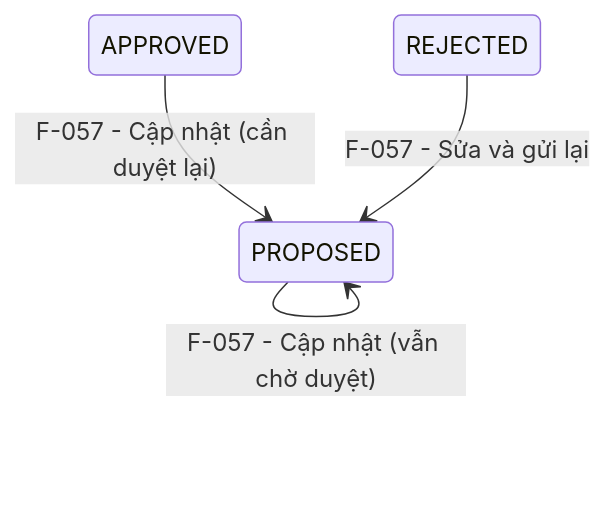
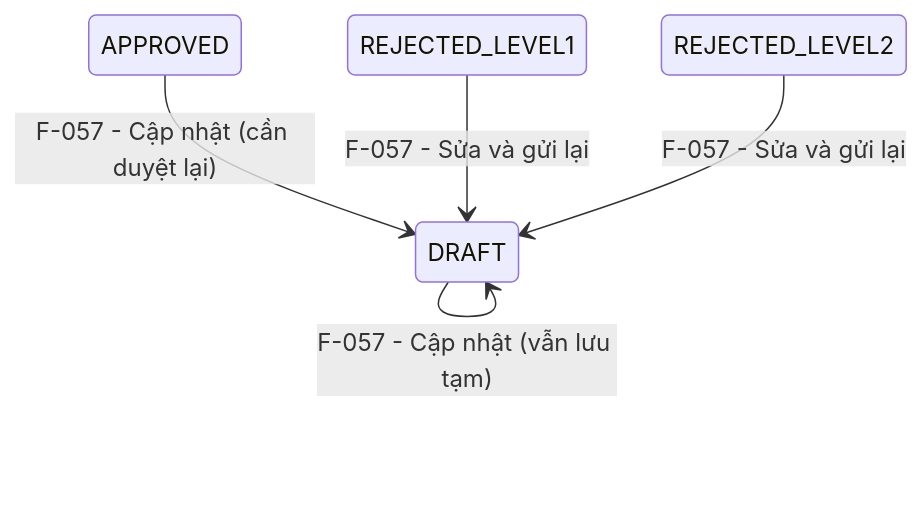
One commit to trangg21-bit/hang-hai-kchtgt changed the diagram in docs/modules/M-003-quan-ly-tai-san-kchtgt-khu-nuoc-vts/_features/F-057-quan-ly-tram-radar-cap-nhat/feature-brief.md. Above: the diagram before and after it, drawn with Mermaid. The commit also changed other lines of this file and 139 other files, not shown here.

````diff
--- a/docs/modules/M-003-quan-ly-tai-san-kchtgt-khu-nuoc-vts/_features/F-057-quan-ly-tram-radar-cap-nhat/feature-brief.md
+++ b/docs/modules/M-003-quan-ly-tai-san-kchtgt-khu-nuoc-vts/_features/F-057-quan-ly-tram-radar-cap-nhat/feature-brief.md
@@ -93,6 +93,7 @@
 ```mermaid
 stateDiagram-v2
-    PROPOSED --> PROPOSED: F-057 - Cập nhật (vẫn chờ duyệt)
-    APPROVED --> PROPOSED: F-057 - Cập nhật (cần duyệt lại)
-    REJECTED --> PROPOSED: F-057 - Sửa và gửi lại
+    DRAFT --> DRAFT: F-057 - Cập nhật (vẫn lưu tạm)
+    APPROVED --> DRAFT: F-057 - Cập nhật (cần duyệt lại)
+    REJECTED_LEVEL1 --> DRAFT: F-057 - Sửa và gửi lại
+    REJECTED_LEVEL2 --> DRAFT: F-057 - Sửa và gửi lại
 ```
````
